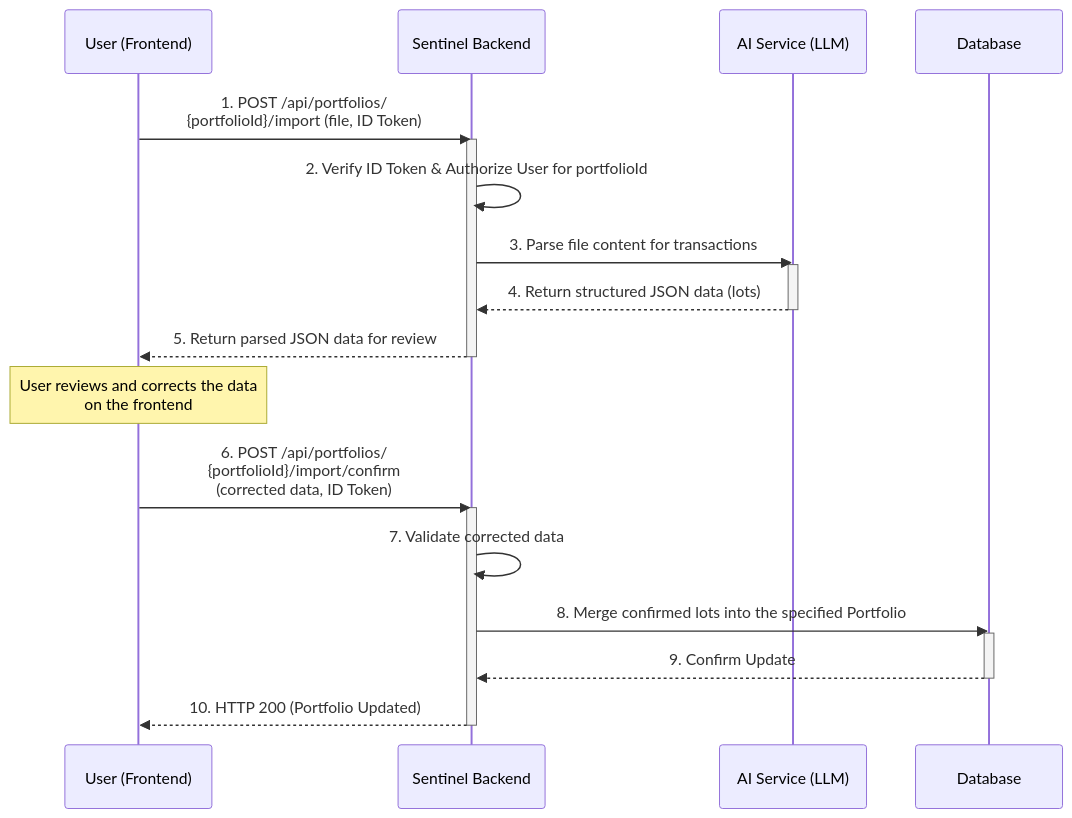
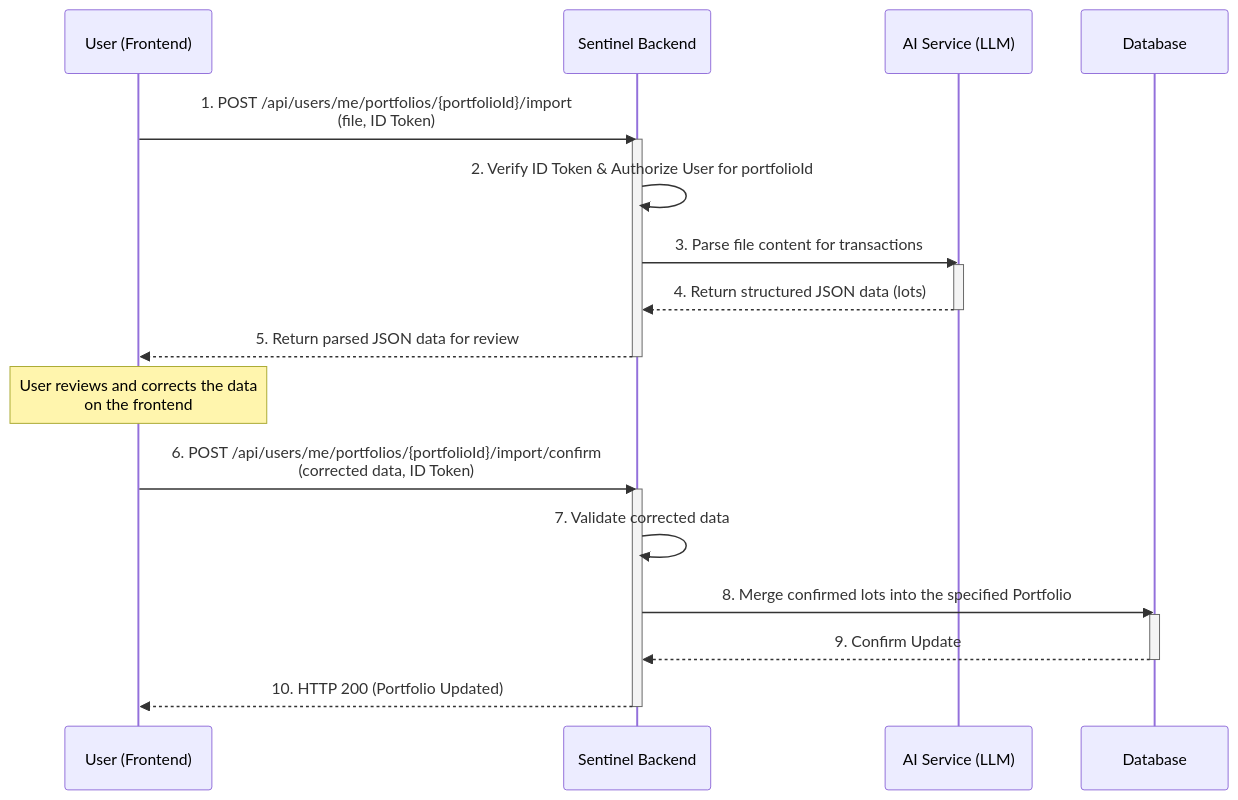
Before and after one commit to enzhao/Sentinel: the sixth of 12 diagrams in product_spec.md, drawn with Mermaid. The commit also changed other lines of this file, not shown here.

Commit message:
docs(spec): changed the handling of portfolio endpoints. #4

````diff
--- a/product_spec.md
+++ b/product_spec.md
@@ -419,29 +420,29 @@
 ```mermaid
 sequenceDiagram
     participant User as User (Frontend)
     participant Sentinel as Sentinel Backend
     participant AI as AI Service (LLM)
     participant DB as Database
 
-    User->>Sentinel: 1. POST /api/portfolios/<br>{portfolioId}/import (file, ID Token)
+    User->>Sentinel: 1. POST /api/users/me/portfolios/{portfolioId}/import<br>(file, ID Token)
     activate Sentinel
     Sentinel->>Sentinel: 2. Verify ID Token & Authorize User for portfolioId
     Sentinel->>AI: 3. Parse file content for transactions
     activate AI
     AI-->>Sentinel: 4. Return structured JSON data (lots)
     deactivate AI
     Sentinel-->>User: 5. Return parsed JSON data for review
     deactivate Sentinel
 
     Note over User: User reviews and corrects the data<br> on the frontend
     
-    User->>Sentinel: 6. POST /api/portfolios/<br>{portfolioId}/import/confirm<br> (corrected data, ID Token)
+    User->>Sentinel: 6. POST /api/users/me/portfolios/{portfolioId}/import/confirm<br> (corrected data, ID Token)
     activate Sentinel
     Sentinel->>Sentinel: 7. Validate corrected data
     Sentinel->>DB: 8. Merge confirmed lots into the specified Portfolio
     activate DB
     DB-->>Sentinel: 9. Confirm Update
     deactivate DB
     Sentinel-->>User: 10. HTTP 200 (Portfolio Updated)
     deactivate Sentinel
 ```
````
